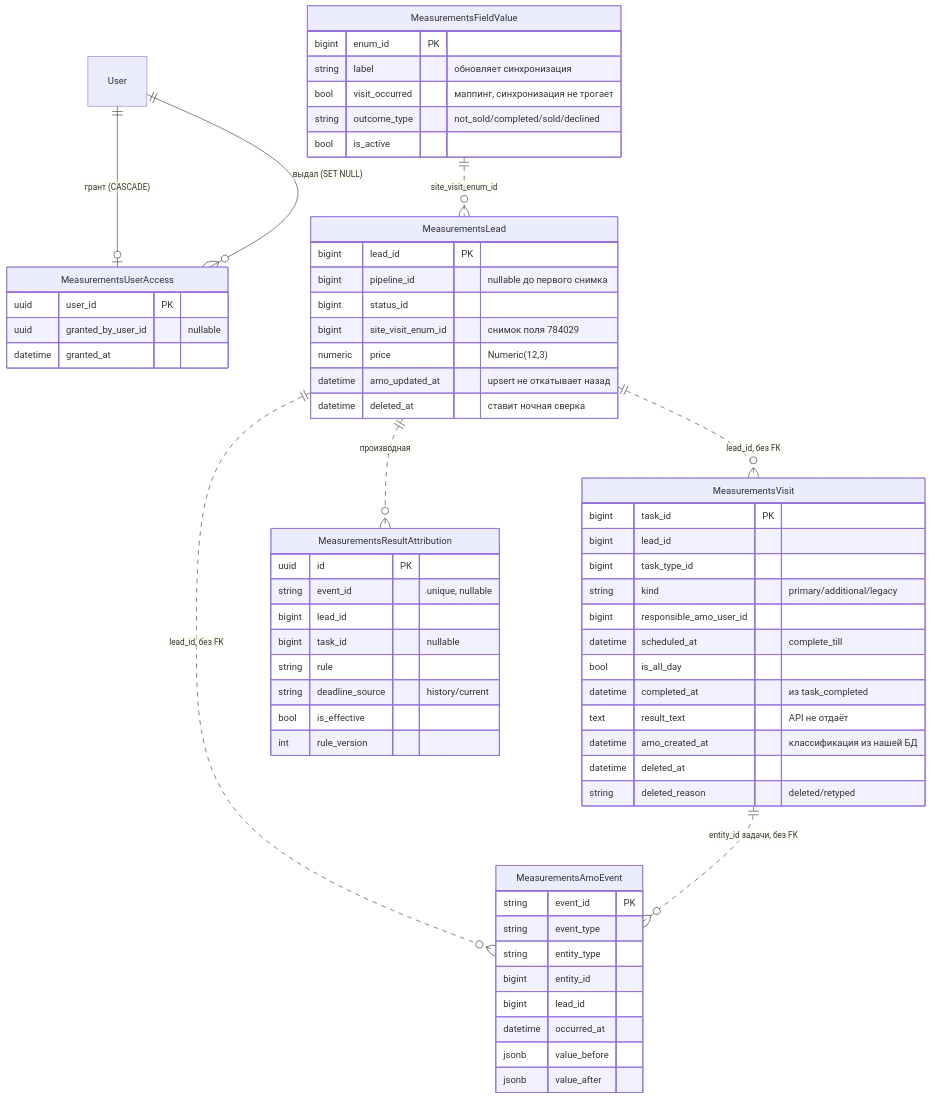
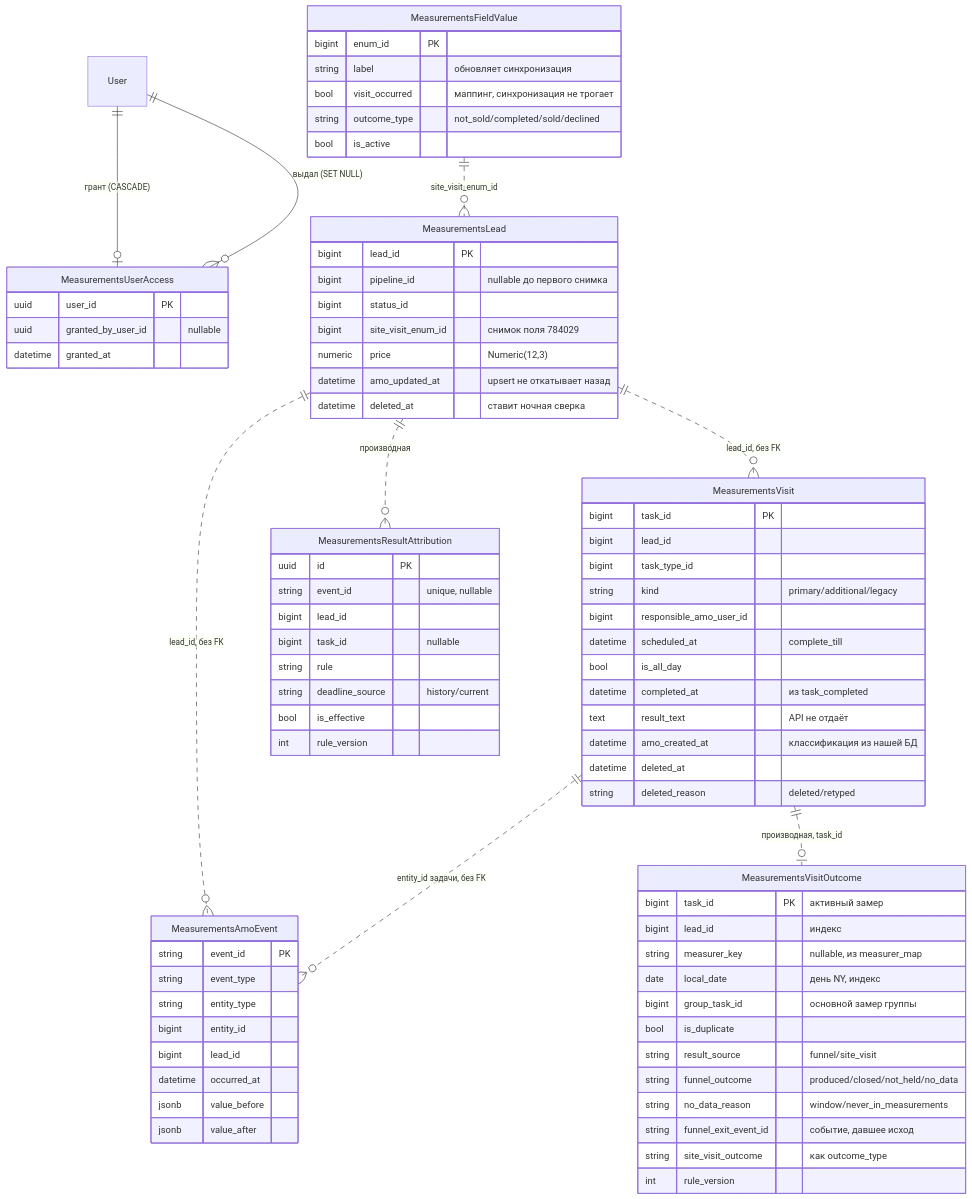
One commit to sysadmin-sff/procurement-allocator-sff changed the second of 2 diagrams in docs/data-model.md. Above: the diagram before and after it, drawn with Mermaid. The commit also changed other lines of this file and 2 other files, not shown here.

Commit message:
docs(measurements): visit outcomes table, outcome terms, recompute flow (ADR-0053 §3)

````diff
--- a/docs/data-model.md
+++ b/docs/data-model.md
@@ -438,66 +438,81 @@
 ```mermaid
 erDiagram
     User ||--o| MeasurementsUserAccess : "грант (CASCADE)"
     User ||--o{ MeasurementsUserAccess : "выдал (SET NULL)"
     MeasurementsLead ||..o{ MeasurementsVisit : "lead_id, без FK"
     MeasurementsLead ||..o{ MeasurementsAmoEvent : "lead_id, без FK"
     MeasurementsVisit ||..o{ MeasurementsAmoEvent : "entity_id задачи, без FK"
     MeasurementsLead ||..o{ MeasurementsResultAttribution : "производная"
+    MeasurementsVisit ||..o| MeasurementsVisitOutcome : "производная, task_id"
     MeasurementsFieldValue ||..o{ MeasurementsLead : "site_visit_enum_id"
 
     MeasurementsLead {
         bigint lead_id PK
         bigint pipeline_id "nullable до первого снимка"
         bigint status_id
         bigint site_visit_enum_id "снимок поля 784029"
         numeric price "Numeric(12,3)"
         datetime amo_updated_at "upsert не откатывает назад"
         datetime deleted_at "ставит ночная сверка"
     }
     MeasurementsVisit {
         bigint task_id PK
         bigint lead_id
         bigint task_type_id
         string kind "primary/additional/legacy"
         bigint responsible_amo_user_id
         datetime scheduled_at "complete_till"
         bool is_all_day
         datetime completed_at "из task_completed"
         text result_text "API не отдаёт"
         datetime amo_created_at "классификация из нашей БД"
         datetime deleted_at
         string deleted_reason "deleted/retyped"
     }
     MeasurementsAmoEvent {
         string event_id PK
         string event_type
         string entity_type
         bigint entity_id
         bigint lead_id
         datetime occurred_at
         jsonb value_before
         jsonb value_after
     }
     MeasurementsFieldValue {
         bigint enum_id PK
         string label "обновляет синхронизация"
         bool visit_occurred "маппинг, синхронизация не трогает"
         string outcome_type "not_sold/completed/sold/declined"
         bool is_active
     }
     MeasurementsResultAttribution {
         uuid id PK
         string event_id "unique, nullable"
         bigint lead_id
         bigint task_id "nullable"
         string rule
         string deadline_source "history/current"
         bool is_effective
         int rule_version
     }
+    MeasurementsVisitOutcome {
+        bigint task_id PK "активный замер"
+        bigint lead_id "индекс"
+        string measurer_key "nullable, из measurer_map"
+        date local_date "день NY, индекс"
+        bigint group_task_id "основной замер группы"
+        bool is_duplicate
+        string result_source "funnel/site_visit"
+        string funnel_outcome "produced/closed/not_held/no_data"
+        string no_data_reason "window/never_in_measurements"
+        string funnel_exit_event_id "событие, давшее исход"
+        string site_visit_outcome "как outcome_type"
+        int rule_version
+    }
     MeasurementsUserAccess {
         uuid user_id PK
         uuid granted_by_user_id "nullable"
         datetime granted_at
     }
 ```
````
